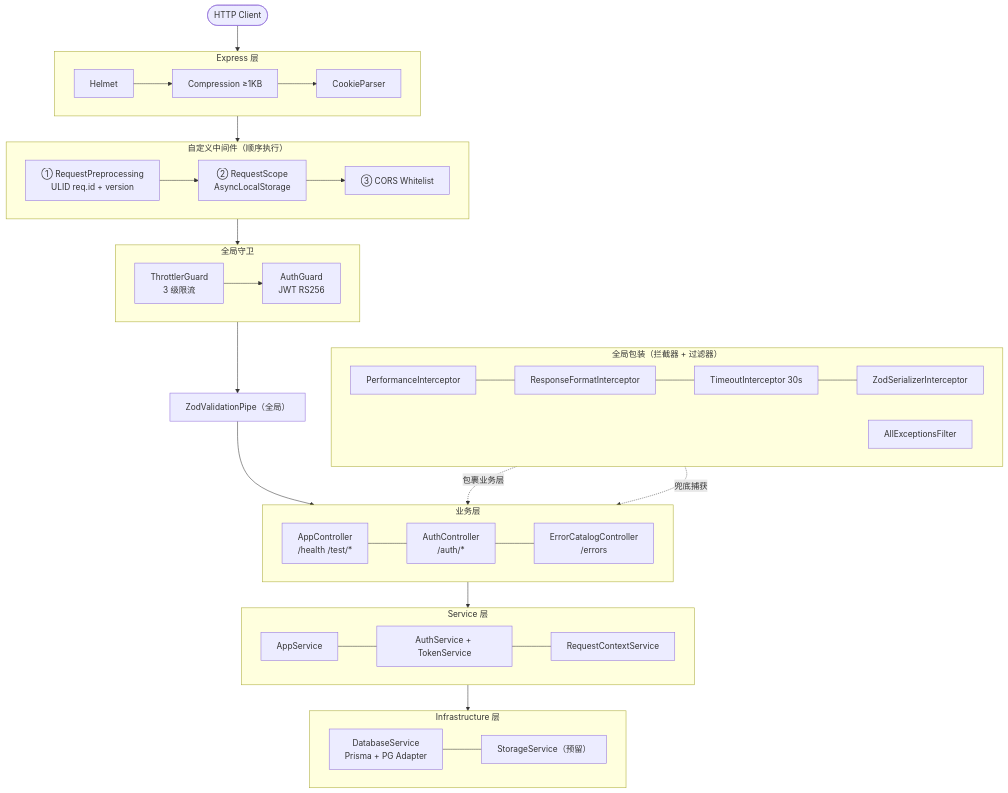
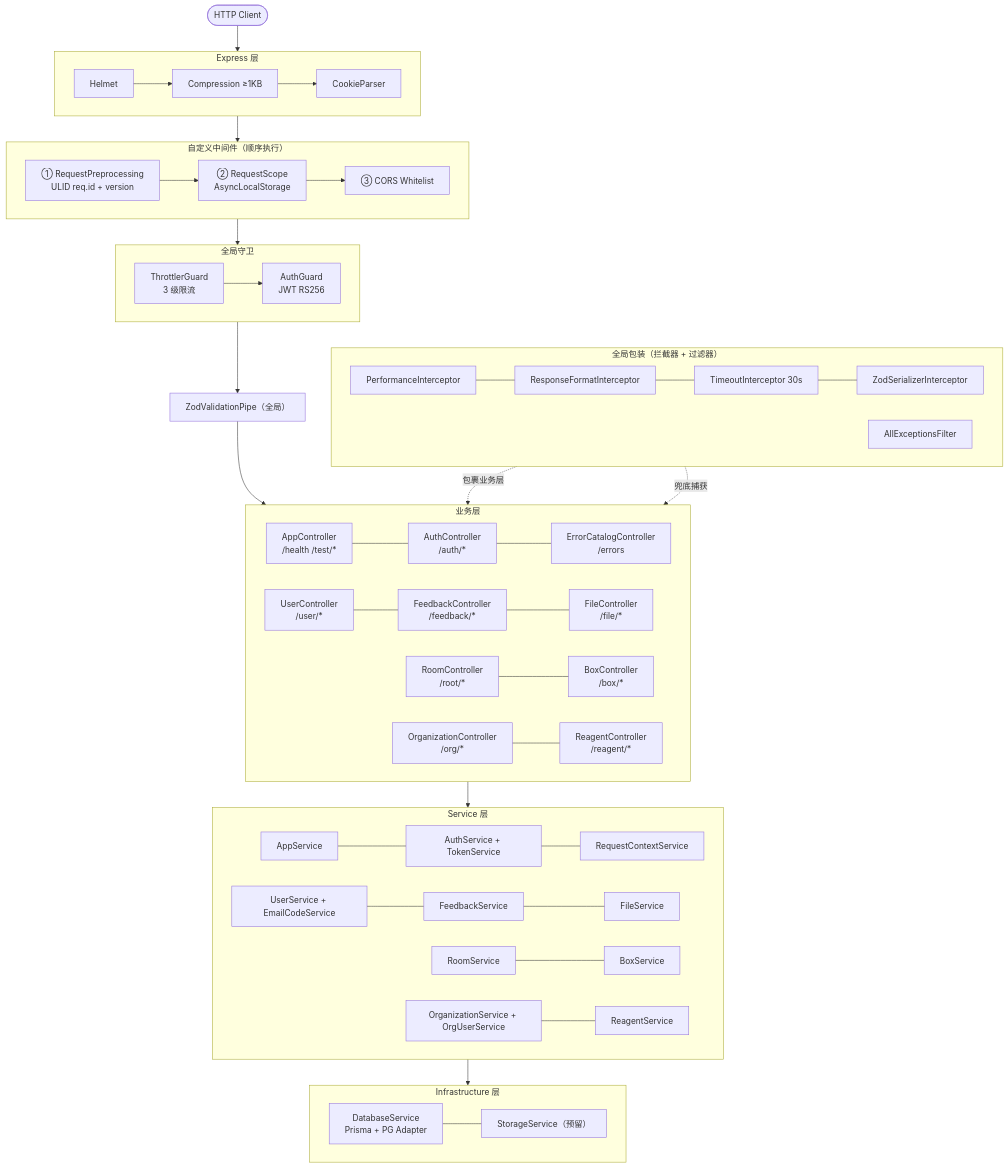
The diagram in docs/02-architecture/project-architecture-overview.md (FOV-RGT/nestjs-starter-test), drawn with Mermaid before and after one commit. The commit also changed other lines of this file and 54 other files, not shown here.

````diff
--- a/docs/02-architecture/project-architecture-overview.md
+++ b/docs/02-architecture/project-architecture-overview.md
@@ -44,46 +44,52 @@
 ```mermaid
 flowchart TD
     Client(["HTTP Client"])
 
     subgraph EL["Express 层"]
         direction LR
         H["Helmet"] --> Comp["Compression ≥1KB"] --> CP["CookieParser"]
     end
 
     subgraph CM["自定义中间件（顺序执行）"]
         direction LR
         RP["① RequestPreprocessing\nULID req.id + version"] --> RS["② RequestScope\nAsyncLocalStorage"] --> CORS["③ CORS Whitelist"]
     end
 
     subgraph GD["全局守卫"]
         direction LR
         TG["ThrottlerGuard\n3 级限流"] --> AG["AuthGuard\nJWT RS256"]
     end
 
     ZVP["ZodValidationPipe（全局）"]
 
     subgraph BL["业务层"]
         direction LR
         AC["AppController\n/health /test/*"] --- ATC["AuthController\n/auth/*"] --- EC["ErrorCatalogController\n/errors"]
+        UC["UserController\n/user/*"] --- FC["FeedbackController\n/feedback/*"] --- FLC["FileController\n/file/*"]
+        RC["RoomController\n/root/*"] --- BC["BoxController\n/box/*"]
+        OC["OrganizationController\n/org/*"] --- RGC["ReagentController\n/reagent/*"]
     end
 
     subgraph SL["Service 层"]
         direction LR
         AS["AppService"] --- AUS["AuthService + TokenService"] --- RCS["RequestContextService"]
+        US["UserService + EmailCodeService"] --- FS["FeedbackService"] --- FLS["FileService"]
+        RMS["RoomService"] --- BS["BoxService"]
+        OS["OrganizationService + OrgUserService"] --- RGS["ReagentService"]
     end
 
     subgraph IL["Infrastructure 层"]
         direction LR
         DB["DatabaseService\nPrisma + PG Adapter"] --- ST["StorageService（预留）"]
     end
 
     subgraph GW["全局包装（拦截器 + 过滤器）"]
         direction LR
         PI["PerformanceInterceptor"] --- RFI["ResponseFormatInterceptor"] --- TI["TimeoutInterceptor 30s"] --- ZSI["ZodSerializerInterceptor"]
         AEF["AllExceptionsFilter"]
     end
 
     Client --> EL --> CM --> GD --> ZVP --> BL --> SL --> IL
     GW -.包裹业务层.-> BL
     AEF -.兜底捕获.-> BL
 ```
````
